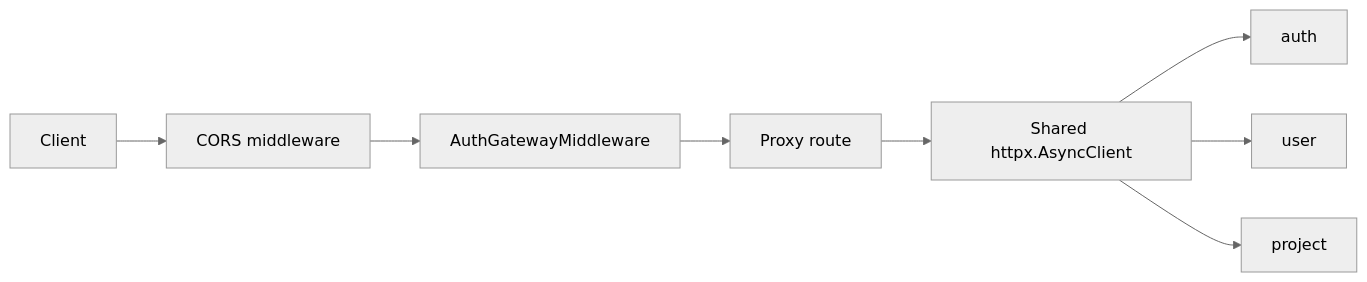
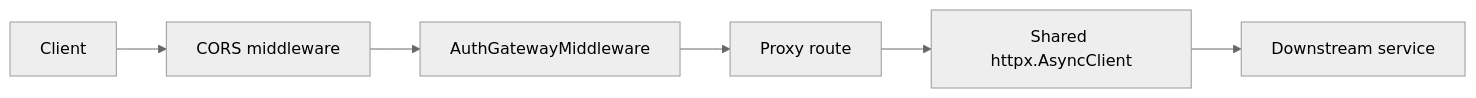
One commit to vladDa1029/kino_review changed the diagram in backend/src/apps/apigetaway/docs/ARCHITECTURE.md. Above: the diagram before and after it, drawn with Mermaid (neutral theme). The commit also changed other lines of this file and 39 other files, not shown here.

````diff
--- a/backend/src/apps/apigetaway/docs/ARCHITECTURE.md
+++ b/backend/src/apps/apigetaway/docs/ARCHITECTURE.md
@@ -95,10 +103,8 @@
 ```mermaid
 flowchart LR
     C["Client"] --> CORS["CORS middleware"]
     CORS --> AUTH["AuthGatewayMiddleware"]
     AUTH --> ROUTE["Proxy route"]
     ROUTE --> HTTP["Shared httpx.AsyncClient"]
-    HTTP --> A["auth"]
-    HTTP --> U["user"]
-    HTTP --> P["project"]
+    HTTP --> S["Downstream service"]
 ```
````
